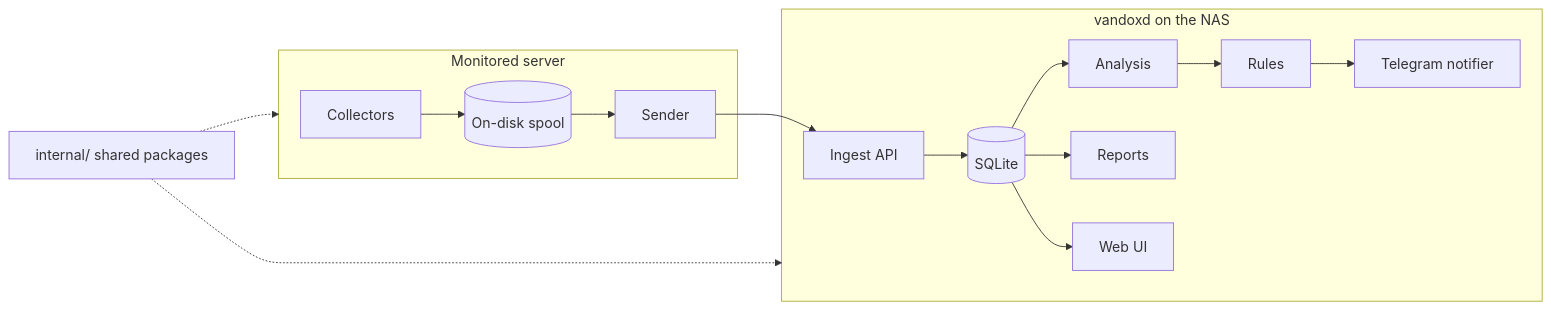
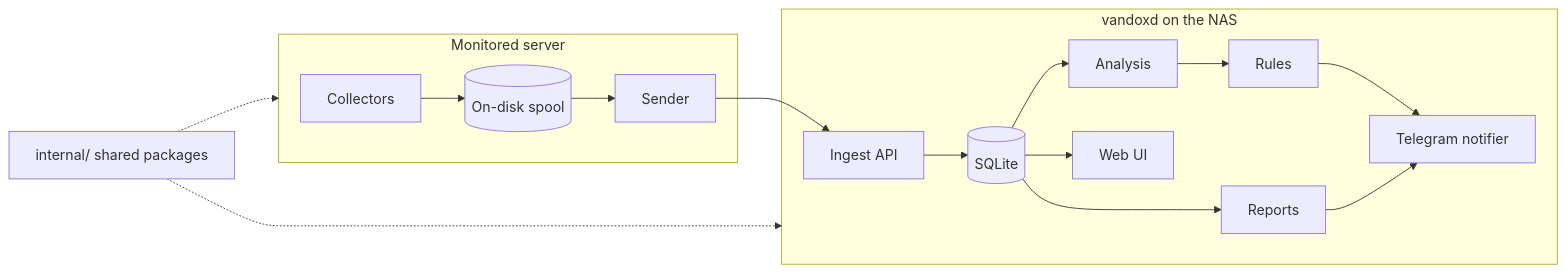
Before and after one commit to LarsLaskowski/Vandox: the first of 3 diagrams in docs/ARCHITECTURE.md, drawn with Mermaid. The commit also changed 1 other file, not shown here.

Commit message:
Add Reports to Telegram edge to component diagram
Aligns the component diagram with the data flow text and the nightly report
decision, which send the report through the Telegram notifier.

Claude-Session: https://claude.ai/code/session_01AAXoSrcrd8pyGo7aFqHQoq

````diff
--- a/docs/ARCHITECTURE.md
+++ b/docs/ARCHITECTURE.md
@@ -36,18 +36,19 @@
 ```mermaid
 flowchart LR
     subgraph Server["Monitored server"]
         C[Collectors] --> SP[(On-disk spool)]
         SP --> SN[Sender]
     end
     subgraph NAS["vandoxd on the NAS"]
         IN[Ingest API] --> DB[(SQLite)]
         DB --> AN[Analysis]
         AN --> RU[Rules]
         RU --> TG[Telegram notifier]
         DB --> RP[Reports]
+        RP --> TG
         DB --> UI[Web UI]
     end
     SN --> IN
     INT[internal/ shared packages] -.-> Server
     INT -.-> NAS
 ```
````
